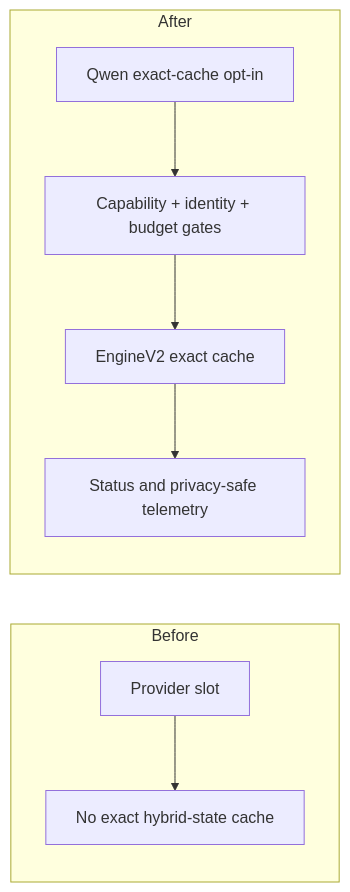
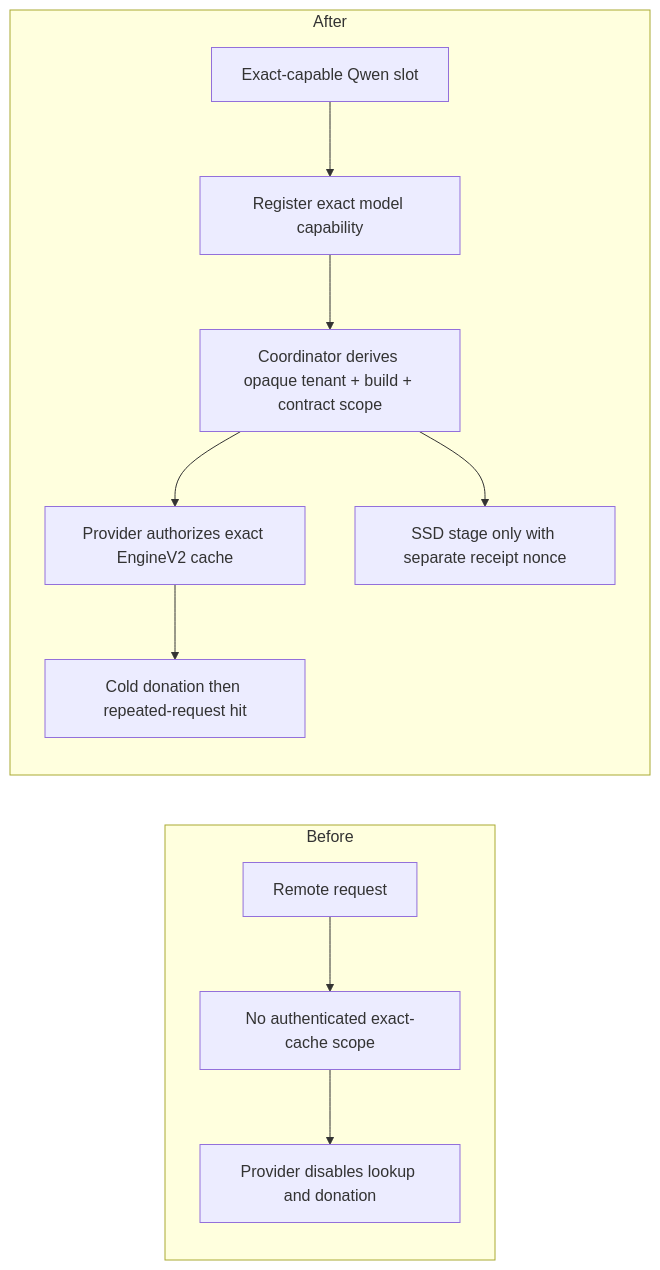
One commit to Layr-Labs/d-inference changed the second of 2 diagrams in research/qwen36-prefill/notes/083-prefix-cache-pr-handoff.md. Above: the diagram before and after it, drawn with Mermaid. The commit also changed other lines of this file and 5 other files, not shown here.

Commit message:
Finalize authenticated Qwen cache handoff

````diff
--- a/research/qwen36-prefill/notes/083-prefix-cache-pr-handoff.md
+++ b/research/qwen36-prefill/notes/083-prefix-cache-pr-handoff.md
@@ -122,11 +134,14 @@
 ```mermaid
 flowchart LR
  subgraph Before
- A1[Provider slot] --> B1[No exact hybrid-state cache]
+ A1[Remote request] --> B1[No authenticated exact-cache scope]
+ B1 --> C1[Provider disables lookup and donation]
  end
  subgraph After
- A2[Qwen exact-cache opt-in] --> B2[Capability + identity + budget gates]
- B2 --> C2[EngineV2 exact cache]
- C2 --> D2[Status and privacy-safe telemetry]
+ A2[Exact-capable Qwen slot] --> B2[Register exact model capability]
+ B2 --> C2[Coordinator derives opaque tenant + build + contract scope]
+ C2 --> D2[Provider authorizes exact EngineV2 cache]
+ D2 --> E2[Cold donation then repeated-request hit]
+ C2 --> F2[SSD stage only with separate receipt nonce]
  end
 ```
````
